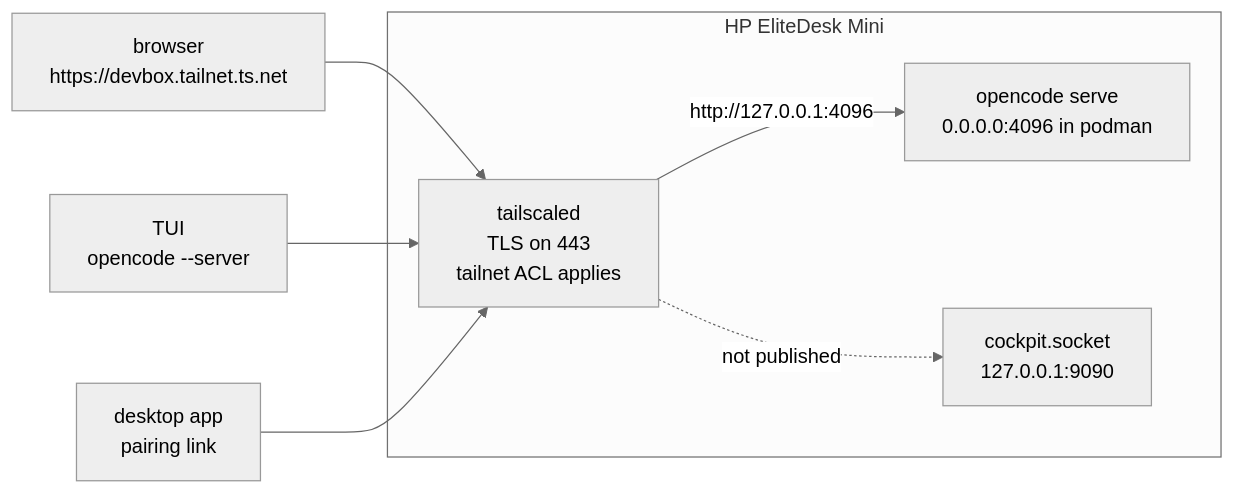
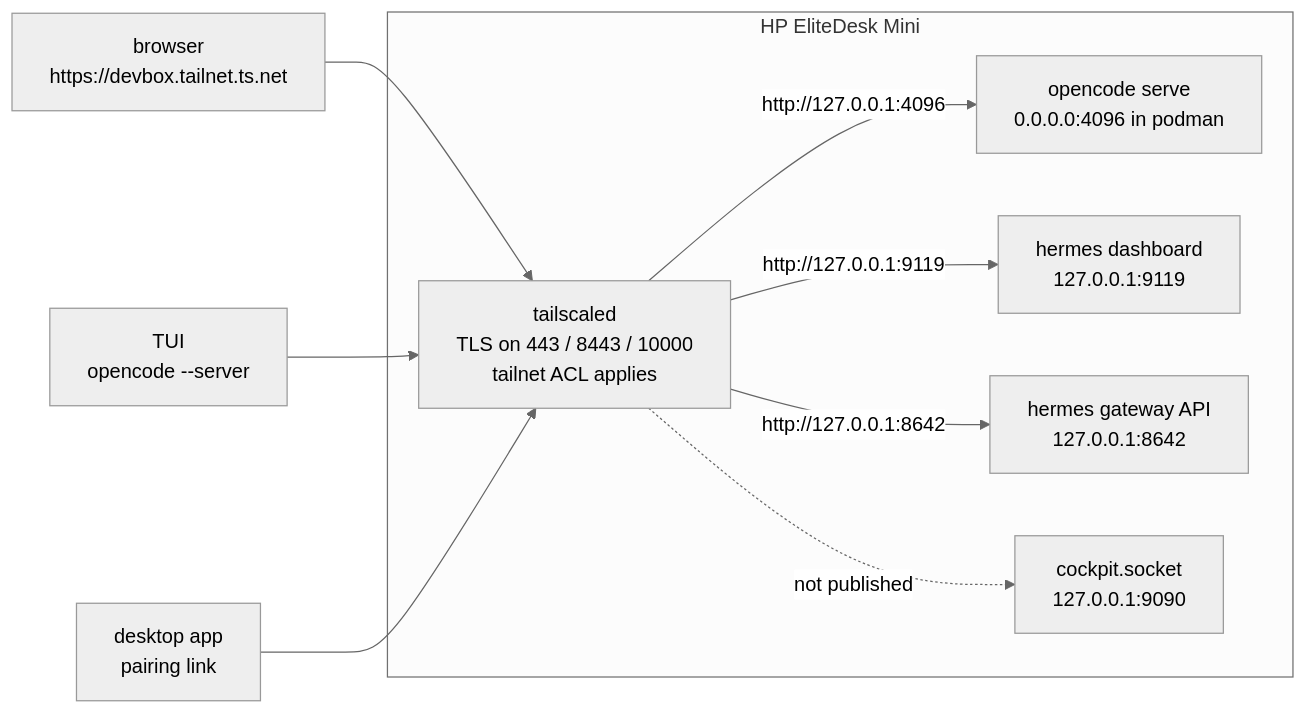
One commit to ultus-net/devbox-oc changed the diagram in docs/web-access.md. Above: the diagram before and after it, drawn with Mermaid (neutral theme). The commit also changed other lines of this file and 20 other files, not shown here.

````diff
--- a/docs/web-access.md
+++ b/docs/web-access.md
@@ -33,13 +34,17 @@
 ```mermaid
 flowchart LR
   B["browser<br/>https://devbox.tailnet.ts.net"] --> TS
   TUI["TUI<br/>opencode --server"] --> TS
   APP["desktop app<br/>pairing link"] --> TS
   subgraph BOX["HP EliteDesk Mini"]
-    TS["tailscaled<br/>TLS on 443<br/>tailnet ACL applies"]
+    TS["tailscaled<br/>TLS on 443 / 8443 / 10000<br/>tailnet ACL applies"]
     OC["opencode serve<br/>0.0.0.0:4096 in podman"]
+    HD["hermes dashboard<br/>127.0.0.1:9119"]
+    HA["hermes gateway API<br/>127.0.0.1:8642"]
     CP["cockpit.socket<br/>127.0.0.1:9090"]
     TS -->|"http://127.0.0.1:4096"| OC
+    TS -->|"http://127.0.0.1:9119"| HD
+    TS -->|"http://127.0.0.1:8642"| HA
     TS -. "not published" .-> CP
   end
 ```
````
